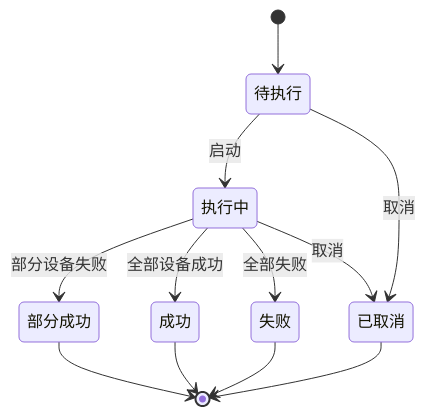
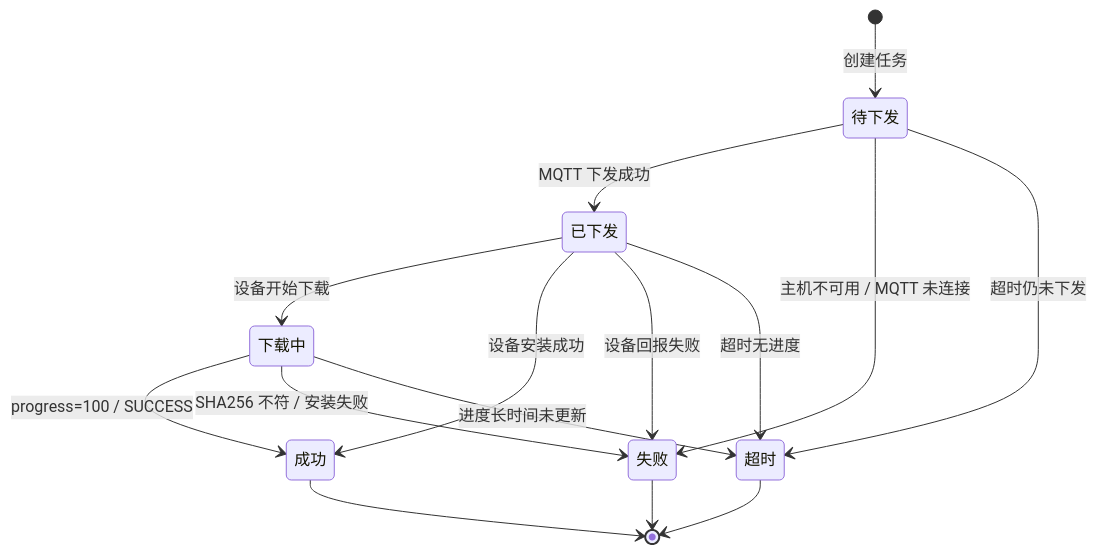
Before and after one commit to wuzhudexiaopacai/coherer: diagram 11 of 15 in docs/design.md, drawn with Mermaid. The commit also changed other lines of this file and 46 other files, not shown here.

````diff
--- a/docs/design.md
+++ b/docs/design.md
@@ -322,21 +327,24 @@
 ```mermaid
 stateDiagram-v2
-    state "待执行" as Created
-    state "执行中" as Running
-    state "部分成功" as Partial
+    state "待下发" as Pending
+    state "已下发" as Sent
+    state "下载中" as Downloading
     state "成功" as Success
     state "失败" as Failed
-    state "已取消" as Canceled
+    state "超时" as Timeout
 
-    [*] --> Created
-    Created --> Running: 启动
-    Running --> Success: 全部设备成功
-    Running --> Partial: 部分设备失败
-    Running --> Failed: 全部失败
-    Running --> Canceled: 取消
-    Created --> Canceled: 取消
-    Partial --> [*]
+    [*] --> Pending: 创建任务
+    Pending --> Sent: MQTT 下发成功
+    Pending --> Failed: 主机不可用 / MQTT 未连接
+    Pending --> Timeout: 超时仍未下发
+    Sent --> Downloading: 设备开始下载
+    Sent --> Success: 设备安装成功
+    Sent --> Failed: 设备回报失败
+    Downloading --> Success: progress=100 / SUCCESS
+    Downloading --> Failed: SHA256 不符 / 安装失败
+    Sent --> Timeout: 超时无进度
+    Downloading --> Timeout: 进度长时间未更新
     Success --> [*]
     Failed --> [*]
-    Canceled --> [*]
+    Timeout --> [*]
 ```
````
